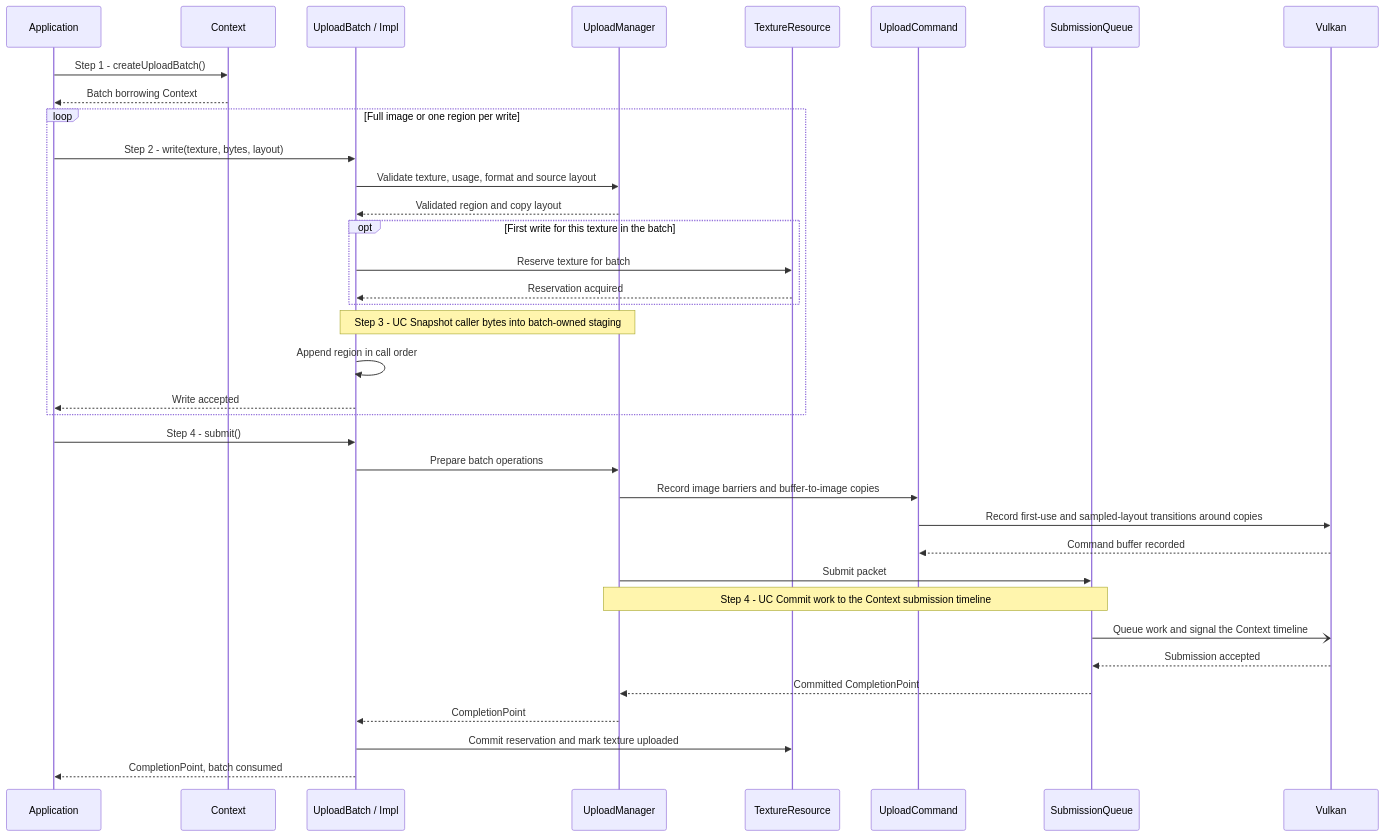
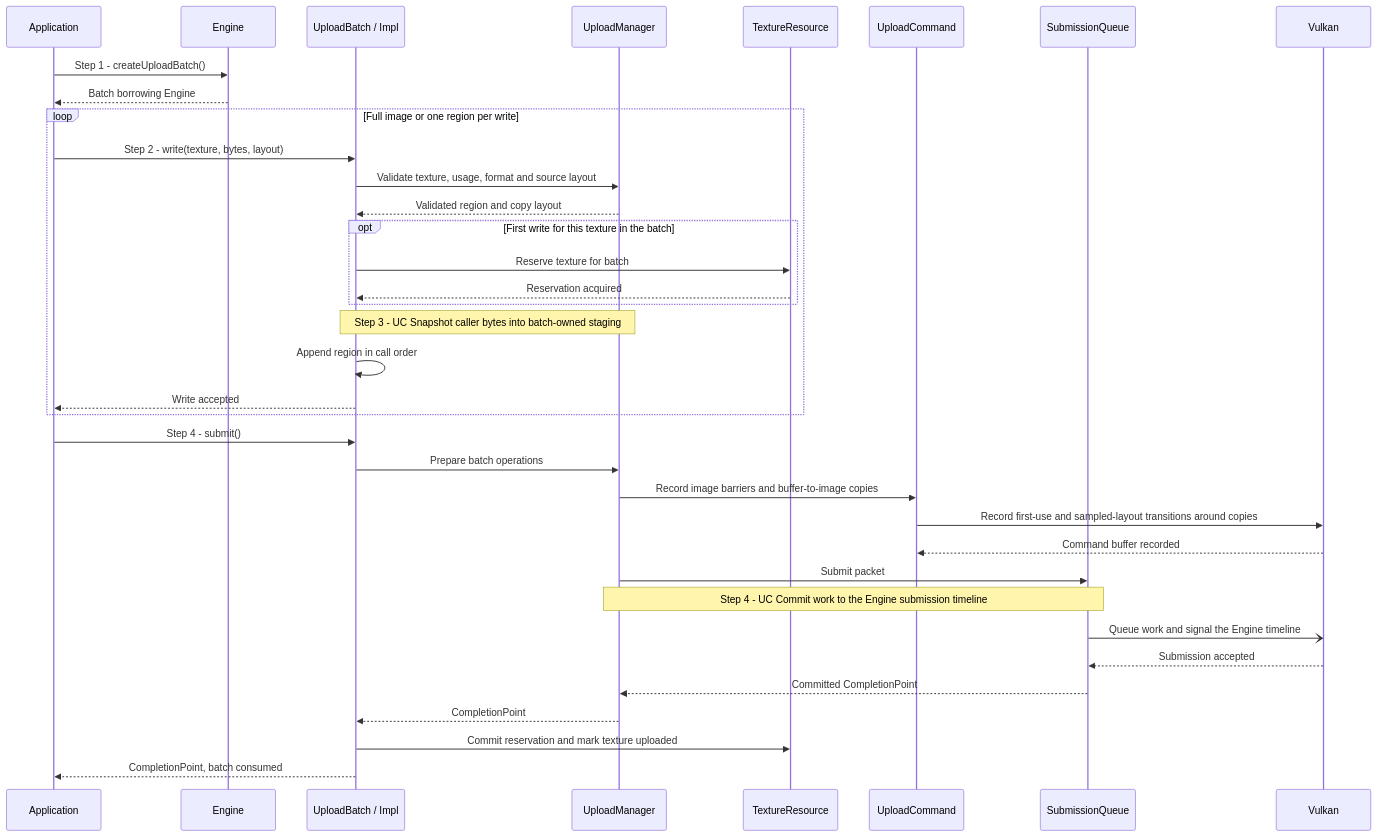
Before and after one commit to a-soltysik/Panda: the first of 2 diagrams in docs/use-cases/upload-texture.md, drawn with Mermaid. The commit also changed other lines of this file and 158 other files, not shown here.

Commit message:
Refactor Vulkan Context API to Engine (#120)

````diff
--- a/docs/use-cases/upload-texture.md
+++ b/docs/use-cases/upload-texture.md
@@ -52,38 +52,38 @@
 ```mermaid
 sequenceDiagram
     participant A as Application
-    participant C as Context
+    participant C as Engine
     participant B as UploadBatch / Impl
     participant U as UploadManager
     participant T as TextureResource
     participant K as UploadCommand
     participant Q as SubmissionQueue
     participant V as Vulkan
     A->>C: Step 1 - createUploadBatch()
-    C-->>A: Batch borrowing Context
+    C-->>A: Batch borrowing Engine
     loop Full image or one region per write
         A->>B: Step 2 - write(texture, bytes, layout)
         B->>U: Validate texture, usage, format and source layout
         U-->>B: Validated region and copy layout
         opt First write for this texture in the batch
             B->>T: Reserve texture for batch
             T-->>B: Reservation acquired
         end
         Note over B,U: Step 3 - UC Snapshot caller bytes into batch-owned staging
         B->>B: Append region in call order
         B-->>A: Write accepted
     end
     A->>B: Step 4 - submit()
     B->>U: Prepare batch operations
     U->>K: Record image barriers and buffer-to-image copies
     K->>V: Record first-use and sampled-layout transitions around copies
     V-->>K: Command buffer recorded
     U->>Q: Submit packet
-    Note over U,Q: Step 4 - UC Commit work to the Context submission timeline
-    Q-)V: Queue work and signal the Context timeline
+    Note over U,Q: Step 4 - UC Commit work to the Engine submission timeline
+    Q-)V: Queue work and signal the Engine timeline
     V-->>Q: Submission accepted
     Q-->>U: Committed CompletionPoint
     U-->>B: CompletionPoint
     B->>T: Commit reservation and mark texture uploaded
     B-->>A: CompletionPoint, batch consumed
 ```
````
